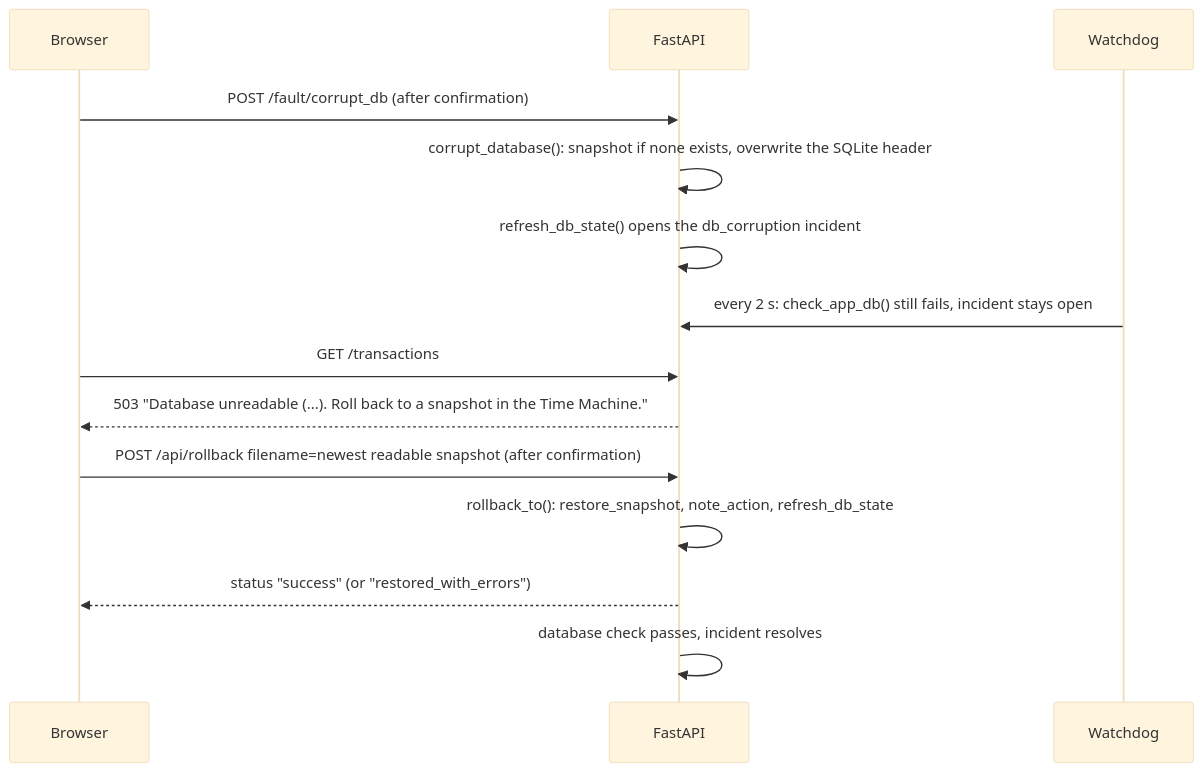
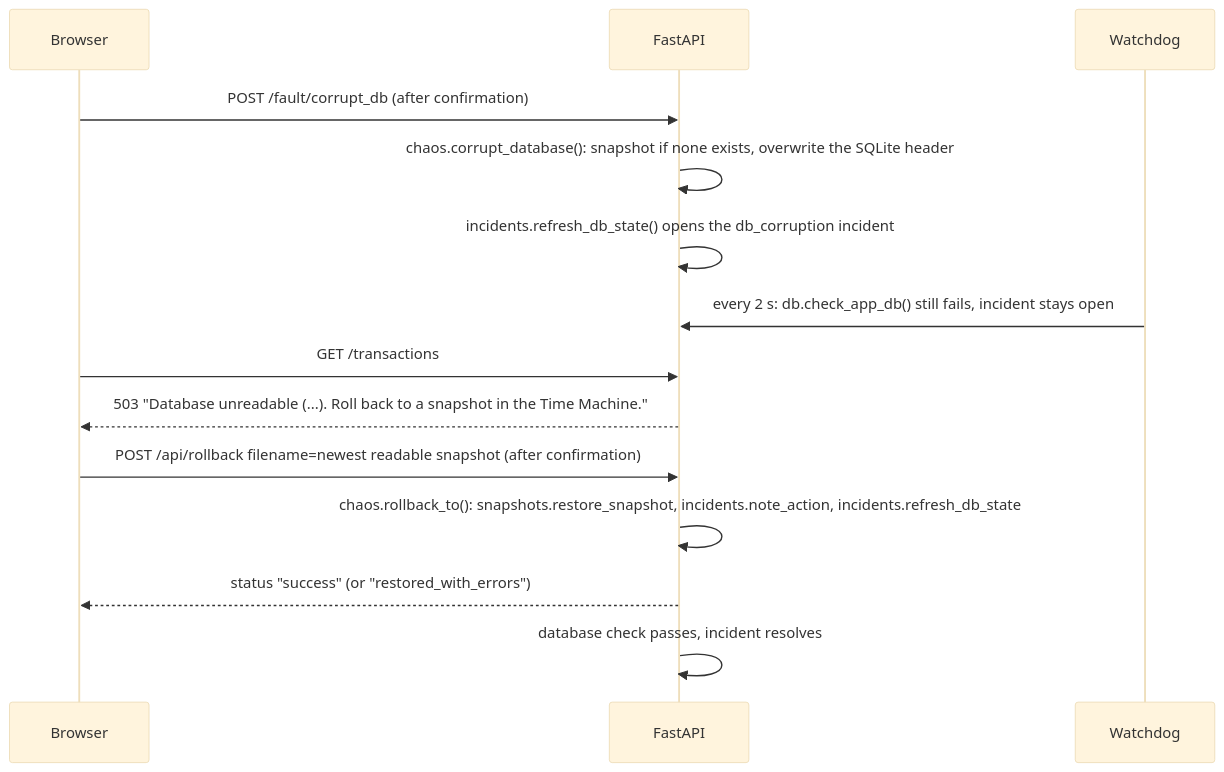
Before and after one commit to vishnuatgit/DeepBell: the fourth of 11 diagrams in docs/process-flows.md, drawn with Mermaid (base theme). The commit also changed other lines of this file and 37 other files, not shown here.

````diff
--- a/docs/process-flows.md
+++ b/docs/process-flows.md
@@ -140,16 +140,16 @@
 ```mermaid
 sequenceDiagram
     participant B as Browser
     participant A as FastAPI
     participant W as Watchdog
     B->>A: POST /fault/corrupt_db (after confirmation)
-    A->>A: corrupt_database(): snapshot if none exists, overwrite the SQLite header
-    A->>A: refresh_db_state() opens the db_corruption incident
-    W->>A: every 2 s: check_app_db() still fails, incident stays open
+    A->>A: chaos.corrupt_database(): snapshot if none exists, overwrite the SQLite header
+    A->>A: incidents.refresh_db_state() opens the db_corruption incident
+    W->>A: every 2 s: db.check_app_db() still fails, incident stays open
     B->>A: GET /transactions
     A-->>B: 503 "Database unreadable (...). Roll back to a snapshot in the Time Machine."
     B->>A: POST /api/rollback filename=newest readable snapshot (after confirmation)
-    A->>A: rollback_to(): restore_snapshot, note_action, refresh_db_state
+    A->>A: chaos.rollback_to(): snapshots.restore_snapshot, incidents.note_action, incidents.refresh_db_state
     A-->>B: status "success" (or "restored_with_errors")
     A->>A: database check passes, incident resolves
 ```
````
